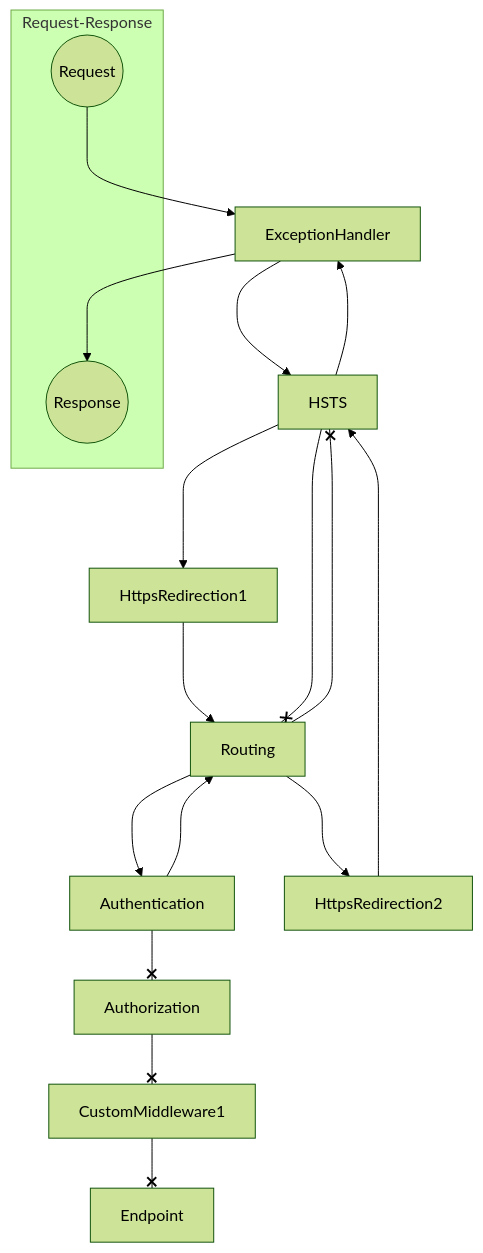
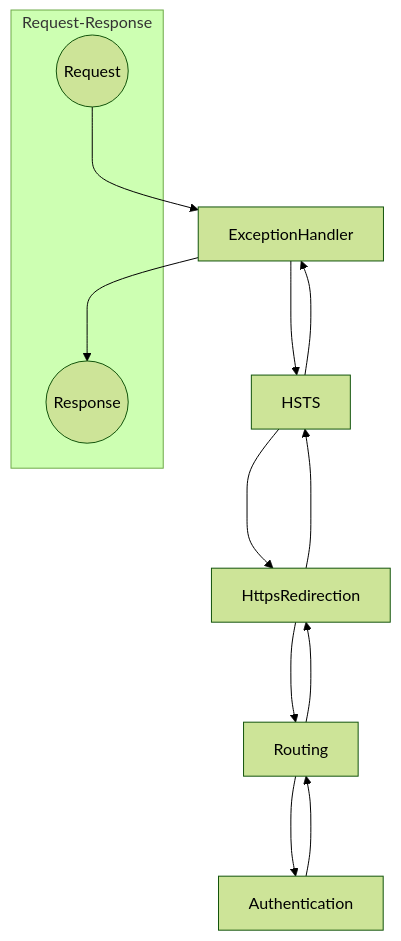
One commit to Rick-Anderson/MiddlewareMermaid changed the diagram in MiddlewareMermaid/graphTD_colorRRx.md. Above: the diagram before and after it, drawn with Mermaid (forest theme).

````diff
--- a/MiddlewareMermaid/graphTD_colorRRx.md
+++ b/MiddlewareMermaid/graphTD_colorRRx.md
@@ -1,24 +1,17 @@
 ```mermaid
 graph TD;
     subgraph Request-Response
         Request((Request))
         Response((Response))
     end
     Request--->ExceptionHandler
     ExceptionHandler--->HSTS
-    HSTS--->HttpsRedirection1
-    HttpsRedirection1--->Routing
+    HSTS--->HttpsRedirection
+    HttpsRedirection--->Routing
     Routing--->Authentication
     Authentication--->Routing
-    Routing--->HttpsRedirection2
-    HttpsRedirection2--->HSTS
+    Routing--->HttpsRedirection
+    HttpsRedirection--->HSTS
     HSTS--->ExceptionHandler
     ExceptionHandler--->Response
-
-    HSTS--xRouting
-    Routing--xHSTS
-    Authentication--xAuthorization
-    Authorization--xCustomMiddleware1
-    CustomMiddleware1--xEndpoint
-
 ```
````
